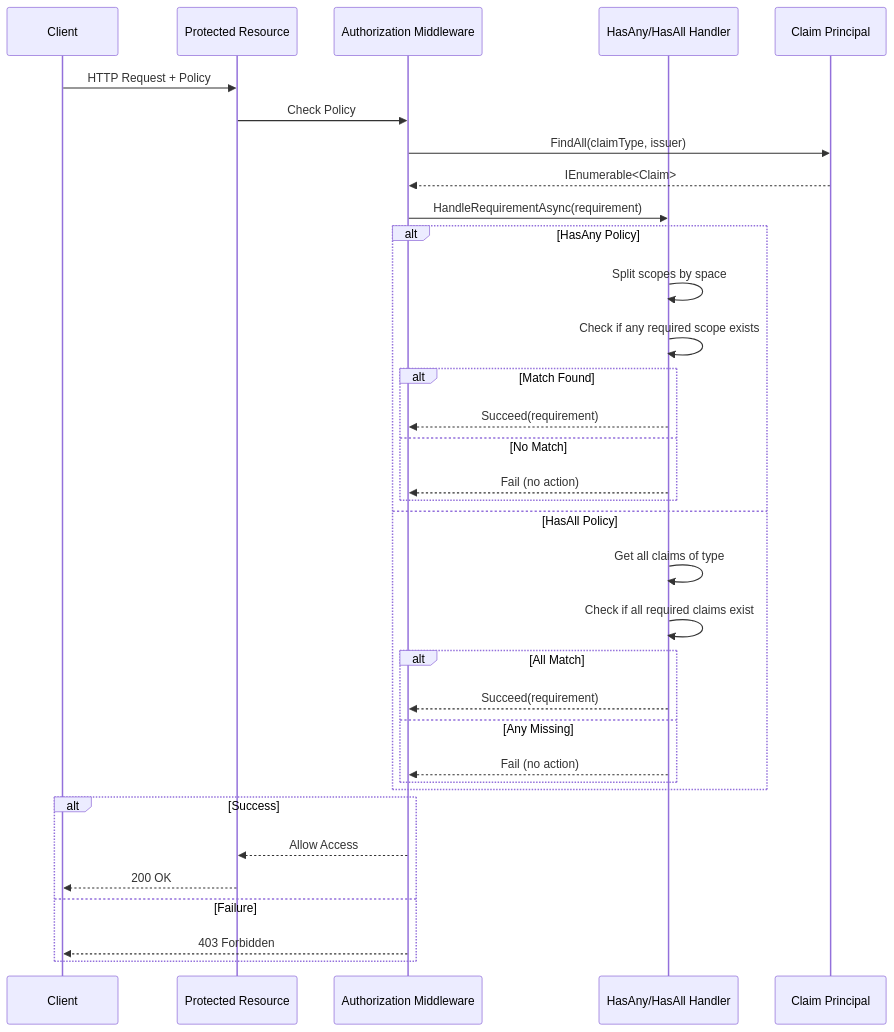
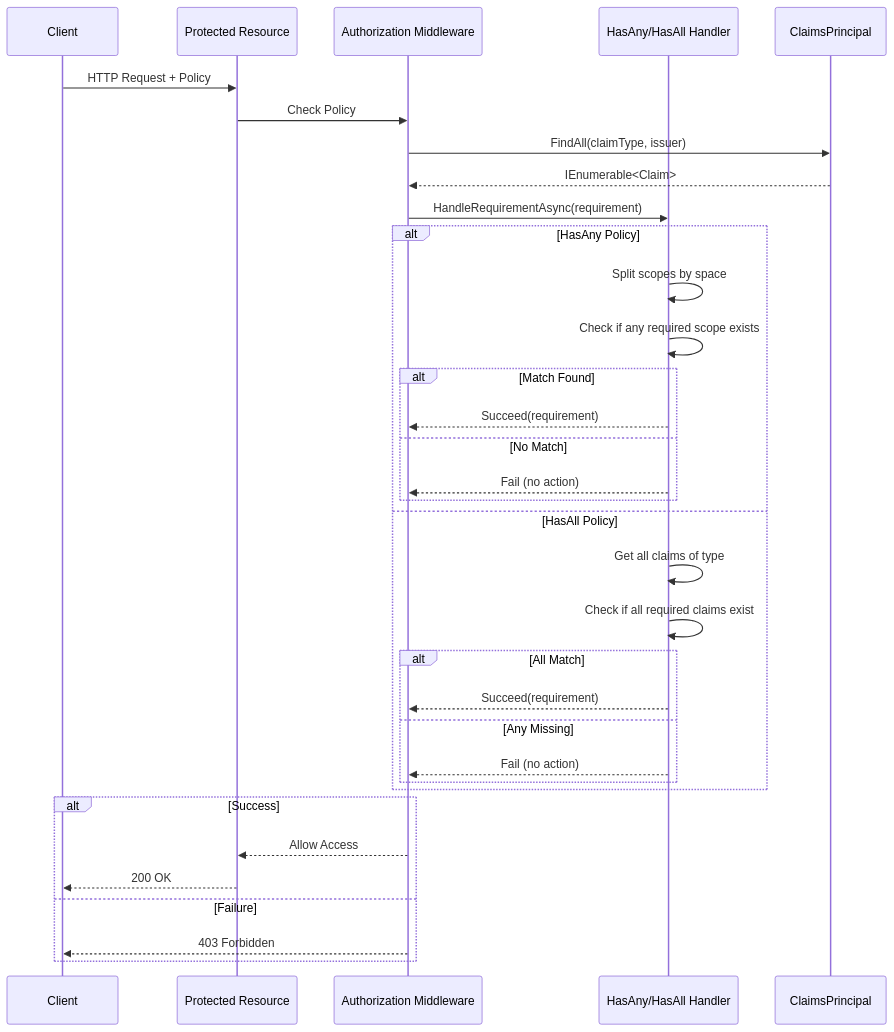
One commit to AtomiCloud/sulfone.zinc changed the second of 3 diagrams in docs/developer/features/02-authorization.md. Above: the diagram before and after it, drawn with Mermaid. The commit also changed 10 other files, not shown here.

````diff
--- a/docs/developer/features/02-authorization.md
+++ b/docs/developer/features/02-authorization.md
@@ -65,41 +65,41 @@
 ```mermaid
 sequenceDiagram
     participant Client
     participant Resource as Protected Resource
     participant AuthZ as Authorization Middleware
     participant Handler as HasAny/HasAll Handler
-    participant Claims as Claim Principal
+    participant Claims as ClaimsPrincipal
 
     Client->>Resource: HTTP Request + Policy
     Resource->>AuthZ: Check Policy
 
     AuthZ->>Claims: FindAll(claimType, issuer)
     Claims-->>AuthZ: IEnumerable<Claim>
 
     AuthZ->>Handler: HandleRequirementAsync(requirement)
 
     alt HasAny Policy
         Handler->>Handler: Split scopes by space
         Handler->>Handler: Check if any required scope exists
         alt Match Found
             Handler-->>AuthZ: Succeed(requirement)
         else No Match
             Handler-->>AuthZ: Fail (no action)
         end
     else HasAll Policy
         Handler->>Handler: Get all claims of type
         Handler->>Handler: Check if all required claims exist
         alt All Match
             Handler-->>AuthZ: Succeed(requirement)
         else Any Missing
             Handler-->>AuthZ: Fail (no action)
         end
     end
 
     alt Success
         AuthZ-->>Resource: Allow Access
         Resource-->>Client: 200 OK
     else Failure
         AuthZ-->>Client: 403 Forbidden
     end
 ```
````
